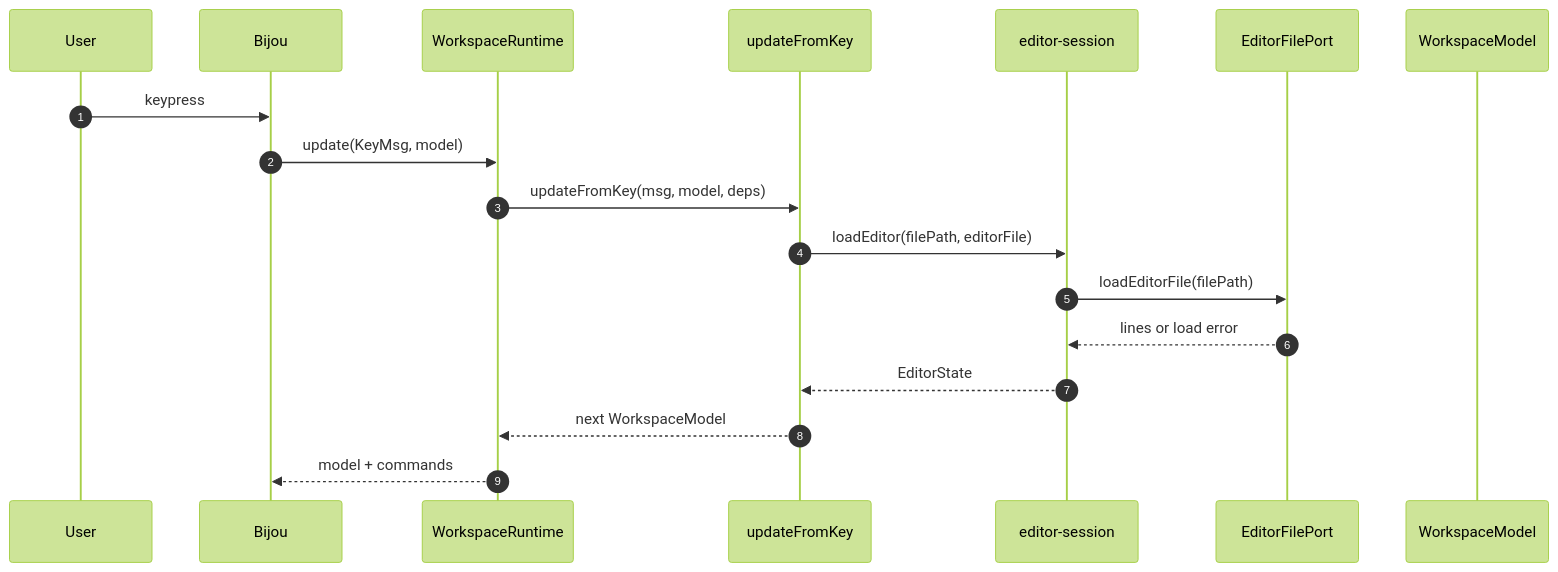
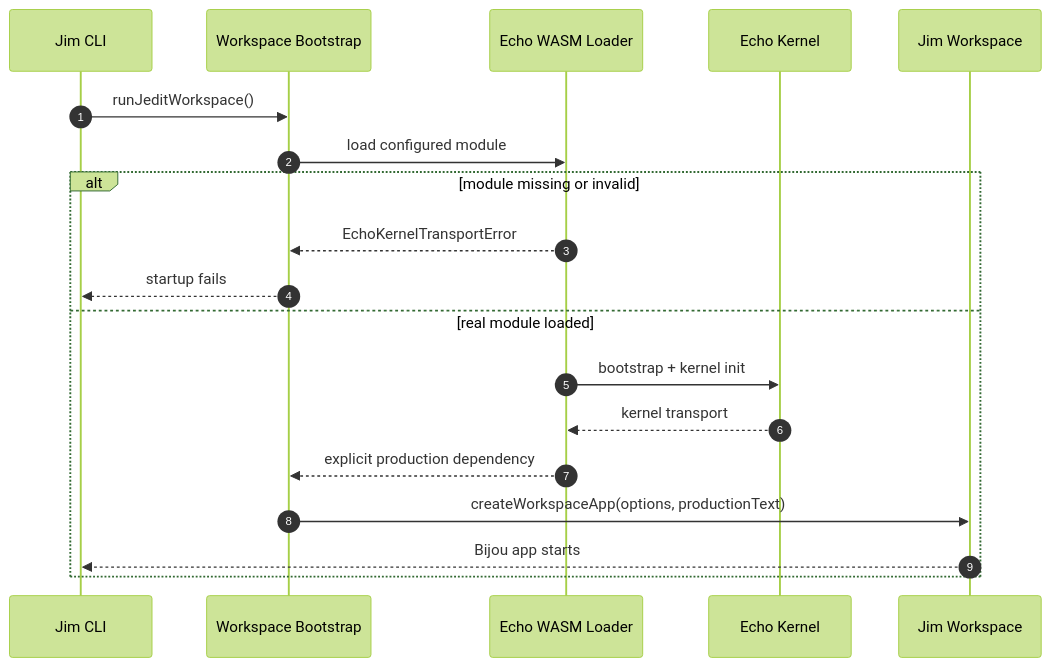
The first of 2 diagrams in docs/jedit-echo-end-to-end.md (flyingrobots/jedit), drawn with Mermaid (forest theme) before and after one commit. The commit also changed other lines of this file and 429 other files, not shown here.

````diff
--- a/docs/jedit-echo-end-to-end.md
+++ b/docs/jedit-echo-end-to-end.md
@@ -454,21 +42,22 @@
 ```mermaid
 sequenceDiagram
-  autonumber
-  participant User
-  participant Bijou
-  participant Runtime as WorkspaceRuntime
-  participant Keys as updateFromKey
-  participant EditorSession as editor-session
-  participant EditorFilePort
-  participant Model as WorkspaceModel
+    autonumber
+    participant CLI as Jim CLI
+    participant Boot as Workspace Bootstrap
+    participant Loader as Echo WASM Loader
+    participant Echo as Echo Kernel
+    participant App as Jim Workspace
 
-  User->>Bijou: keypress
-  Bijou->>Runtime: update(KeyMsg, model)
-  Runtime->>Keys: updateFromKey(msg, model, deps)
-  Keys->>EditorSession: loadEditor(filePath, editorFile)
-  EditorSession->>EditorFilePort: loadEditorFile(filePath)
-  EditorFilePort-->>EditorSession: lines or load error
-  EditorSession-->>Keys: EditorState
-  Keys-->>Runtime: next WorkspaceModel
-  Runtime-->>Bijou: model + commands
+    CLI->>Boot: runJeditWorkspace()
+    Boot->>Loader: load configured module
+    alt module missing or invalid
+        Loader-->>Boot: EchoKernelTransportError
+        Boot-->>CLI: startup fails
+    else real module loaded
+        Loader->>Echo: bootstrap + kernel init
+        Echo-->>Loader: kernel transport
+        Loader-->>Boot: explicit production dependency
+        Boot->>App: createWorkspaceApp(options, productionText)
+        App-->>CLI: Bijou app starts
+    end
 ```
````
